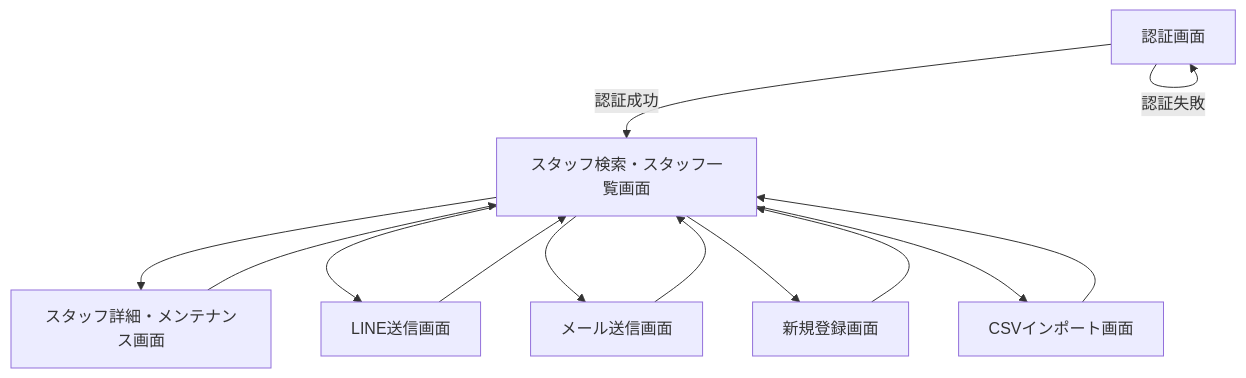
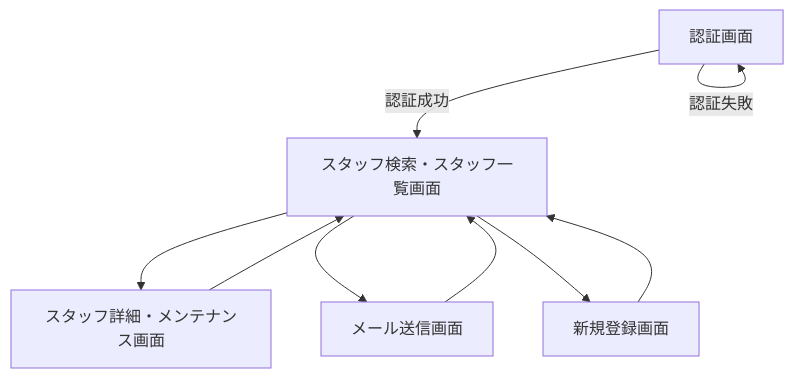
Before and after one commit to Hideo0121/SSns.prj: the diagram in Doc/03_screen_transitions_and_design.md, drawn with Mermaid. The commit also changed other lines of this file and 1 other file, not shown here.

````diff
--- a/Doc/03_screen_transitions_and_design.md
+++ b/Doc/03_screen_transitions_and_design.md
@@ -6,23 +6,17 @@
 ```mermaid
 flowchart TD
     A[認証画面]
     B[スタッフ検索・スタッフ一覧画面]
     C[スタッフ詳細・メンテナンス画面]
-    D[LINE送信画面]
     E[メール送信画面]
     F[新規登録画面]
-    G[CSVインポート画面]
 
     A -->|認証成功| B
     A -->|認証失敗| A
     B --> C
-    B --> D
     B --> E
     B --> F
-    B --> G
     C --> B
-    D --> B
     E --> B
     F --> B
-    G --> B
 ```
````
